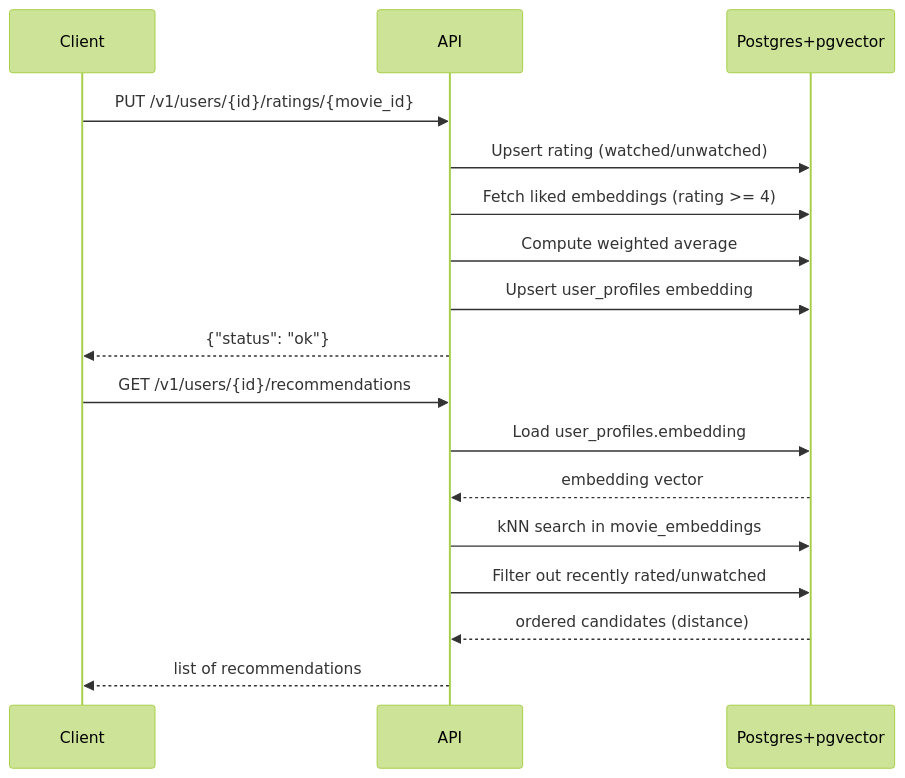
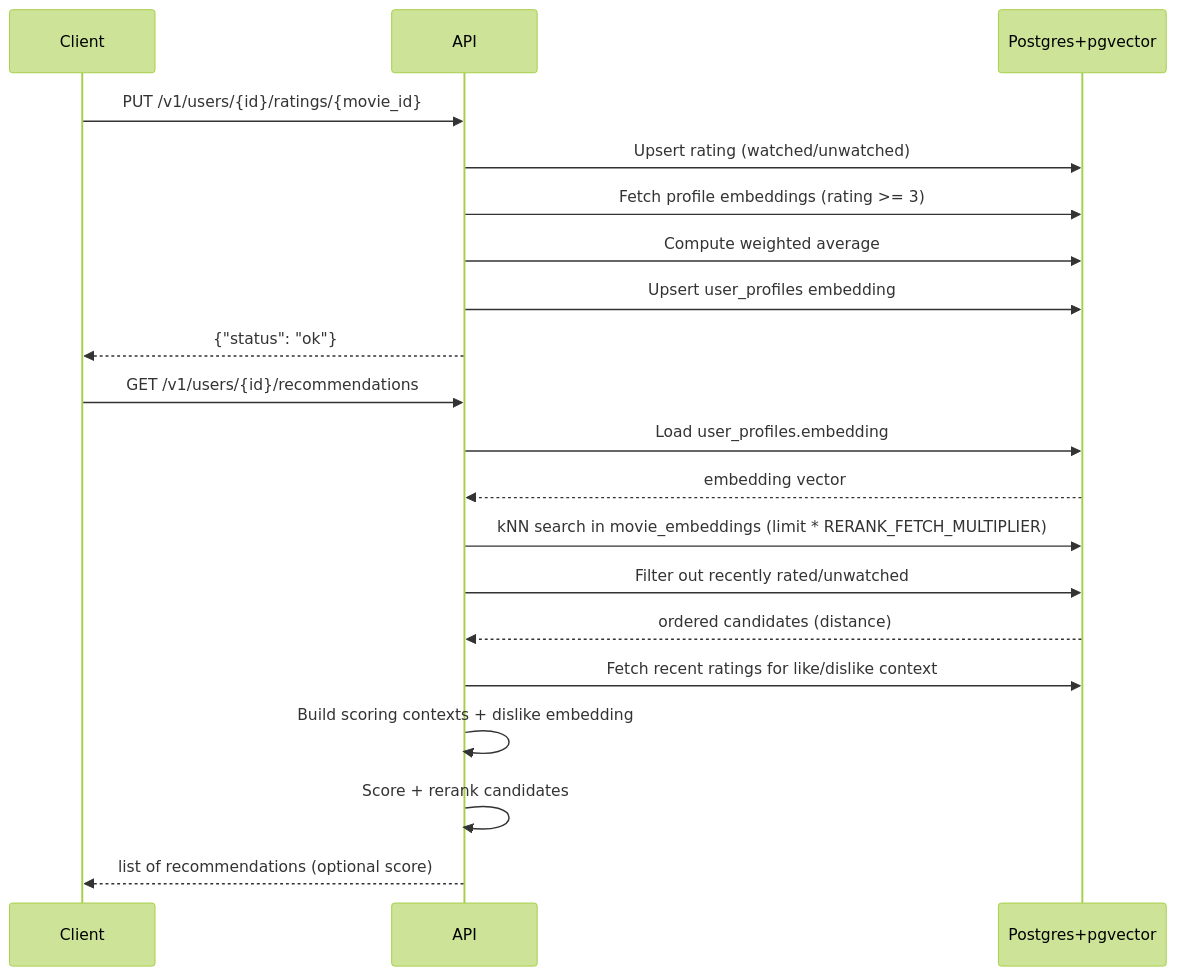
The third of 4 diagrams in apps/api/README.md (Amr-Mohie-eldeen/taste-kid), drawn with Mermaid (forest theme) before and after one commit. The commit also changed other lines of this file and 4 other files, not shown here.

````diff
--- a/apps/api/README.md
+++ b/apps/api/README.md
@@ -125,21 +126,24 @@
 ```mermaid
 sequenceDiagram
     participant Client
     participant API
     participant DB as Postgres+pgvector
 
     Client->>API: PUT /v1/users/{id}/ratings/{movie_id}
     API->>DB: Upsert rating (watched/unwatched)
-    API->>DB: Fetch liked embeddings (rating >= 4)
+    API->>DB: Fetch profile embeddings (rating >= 3)
     API->>DB: Compute weighted average
     API->>DB: Upsert user_profiles embedding
     API-->>Client: {"status": "ok"}
 
     Client->>API: GET /v1/users/{id}/recommendations
     API->>DB: Load user_profiles.embedding
     DB-->>API: embedding vector
-    API->>DB: kNN search in movie_embeddings
+    API->>DB: kNN search in movie_embeddings (limit * RERANK_FETCH_MULTIPLIER)
     API->>DB: Filter out recently rated/unwatched
     DB-->>API: ordered candidates (distance)
-    API-->>Client: list of recommendations
+    API->>DB: Fetch recent ratings for like/dislike context
+    API->>API: Build scoring contexts + dislike embedding
+    API->>API: Score + rerank candidates
+    API-->>Client: list of recommendations (optional score)
 ```
````
